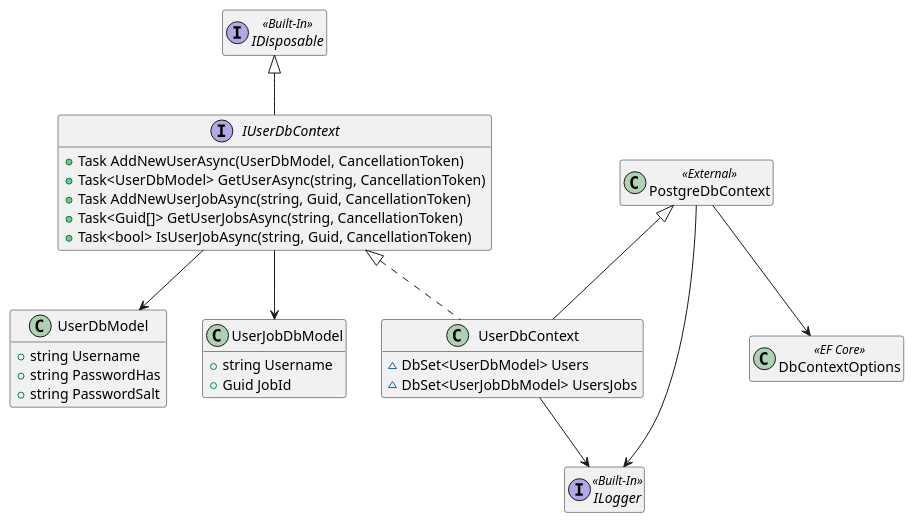
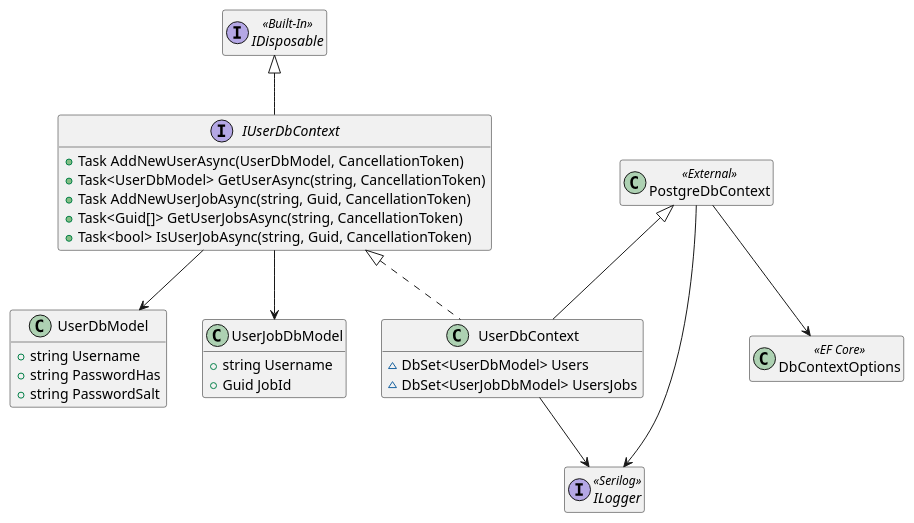
One commit to mrypdm/JobSystem changed the diagram in docs/diagrams/classes/User.Database.puml. Above: the diagram before and after it, drawn with PlantUML. The commit also changed 20 other files, not shown here.

```diff
--- a/docs/diagrams/classes/User.Database.puml
+++ b/docs/diagrams/classes/User.Database.puml
@@ -1,46 +1,46 @@
 @startuml User.Database classes
 hide empty members
 
 interface IDisposable << Built-In >>
-interface ILogger << Built-In >>
+interface ILogger << Serilog >>
 
 class DbContextOptions << EF Core >>
 class PostgreDbContext << External >>
 PostgreDbContext --> DbContextOptions
 PostgreDbContext --> ILogger
 
 class UserDbModel
 {
     +string Username
     +string PasswordHas
     +string PasswordSalt
 }
 
 class UserJobDbModel
 {
     +string Username
     +Guid JobId
 }
 
 interface IUserDbContext
 {
     +Task AddNewUserAsync(UserDbModel, CancellationToken)
     +Task<UserDbModel> GetUserAsync(string, CancellationToken)
     +Task AddNewUserJobAsync(string, Guid, CancellationToken)
     +Task<Guid[]> GetUserJobsAsync(string, CancellationToken)
     +Task<bool> IsUserJobAsync(string, Guid, CancellationToken)
 }
 IDisposable <|-- IUserDbContext
 IUserDbContext --> UserDbModel
 IUserDbContext --> UserJobDbModel
 
 class UserDbContext
 {
     ~DbSet<UserDbModel> Users
     ~DbSet<UserJobDbModel> UsersJobs
 }
 IUserDbContext <|.. UserDbContext
 PostgreDbContext <|-- UserDbContext
 UserDbContext --> ILogger
 
 @enduml
```
